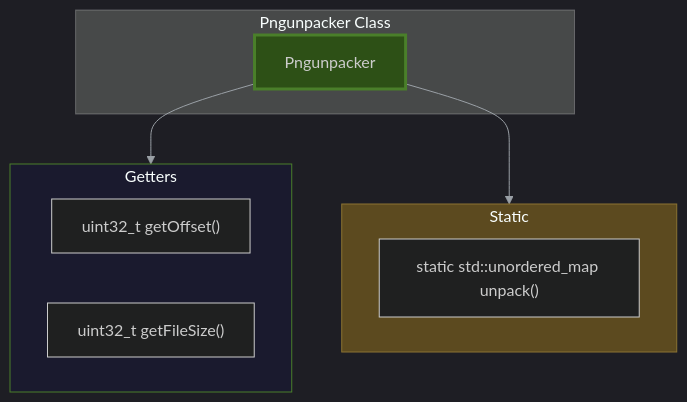
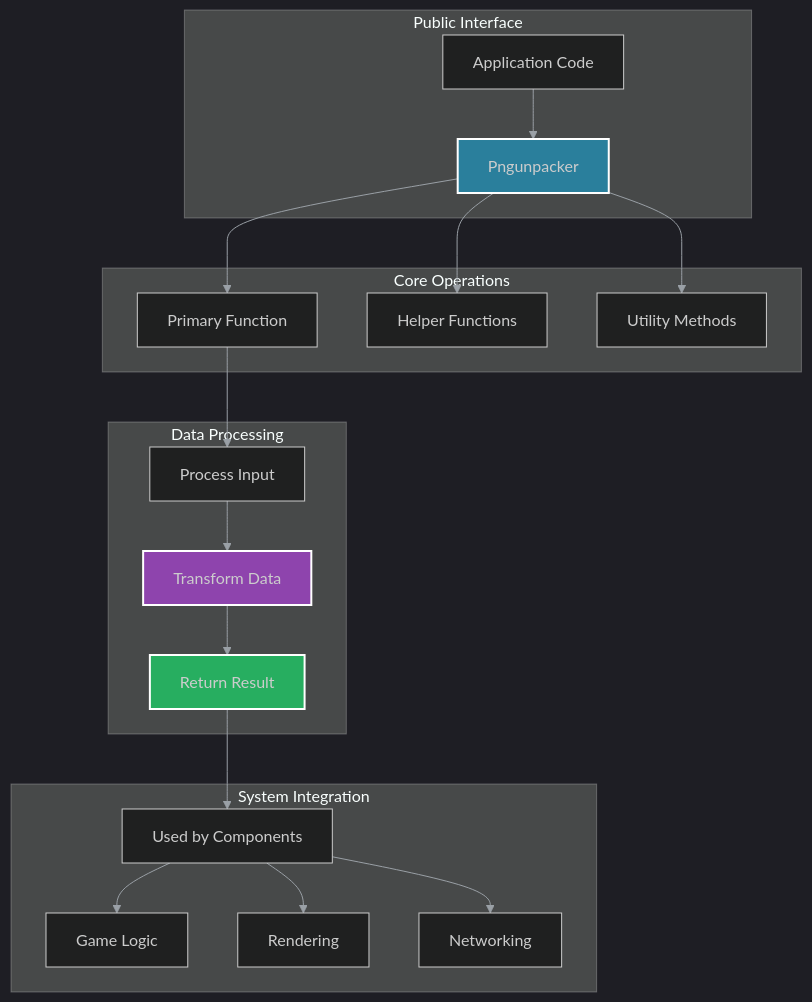
Before and after one commit to lukaszj321/otcv8-dev: the diagram in docs/authoring/01_core/api/cpp/framework/diagrams/pngunpacker.mmd, drawn with Mermaid. The commit also changed 222 other files, not shown here.

Commit message:
refactor: convert all diagrams to conceptual flow format - no truncation, context-focused

```diff
--- a/docs/authoring/01_core/api/cpp/framework/diagrams/pngunpacker.mmd
+++ b/docs/authoring/01_core/api/cpp/framework/diagrams/pngunpacker.mmd
@@ -1,20 +1,28 @@
 %%{init: {'theme':'dark','themeVariables': {'primaryTextColor':'#ddd','lineColor':'#9aa0a6'},'securityLevel':'loose'}}%%
-graph TB
-    subgraph Class["Pngunpacker Class"]
-        MAIN["Pngunpacker"]
-    end
-    
-    subgraph Getters["Getters"]
-        Getters_0["uint32_t getOffset()"]
-        Getters_1["uint32_t getFileSize()"]
+graph TD
+    subgraph Interface["Public Interface"]
+        A[Application Code] --> B[Pngunpacker]
     end
 
-    subgraph Static["Static"]
-        Static_0["static std::unordered_map<uint32_t, std::string> unpack()"]
+    subgraph Operations["Core Operations"]
+        B --> C[Primary Function]
+        B --> D[Helper Functions]
+        B --> E[Utility Methods]
     end
 
-    MAIN --> Getters & Static
+    subgraph Processing["Data Processing"]
+        C --> F[Process Input]
+        F --> G[Transform Data]
+        G --> H[Return Result]
+    end
 
-    style MAIN fill:#2d5016,stroke:#4a7f2a,stroke-width:3px
-    style Getters fill:#1a1a2e,stroke:#4a7f2a
-    style Static fill:#5c4a1f,stroke:#8b7332
+    subgraph Integration["System Integration"]
+        H --> I[Used by Components]
+        I --> J[Game Logic]
+        I --> K[Rendering]
+        I --> L[Networking]
+    end
+
+    style B fill:#2a7f9c,stroke:#fff,stroke-width:2px
+    style G fill:#8e44ad,stroke:#fff,stroke-width:2px
+    style H fill:#27ae60,stroke:#fff,stroke-width:2px
```
